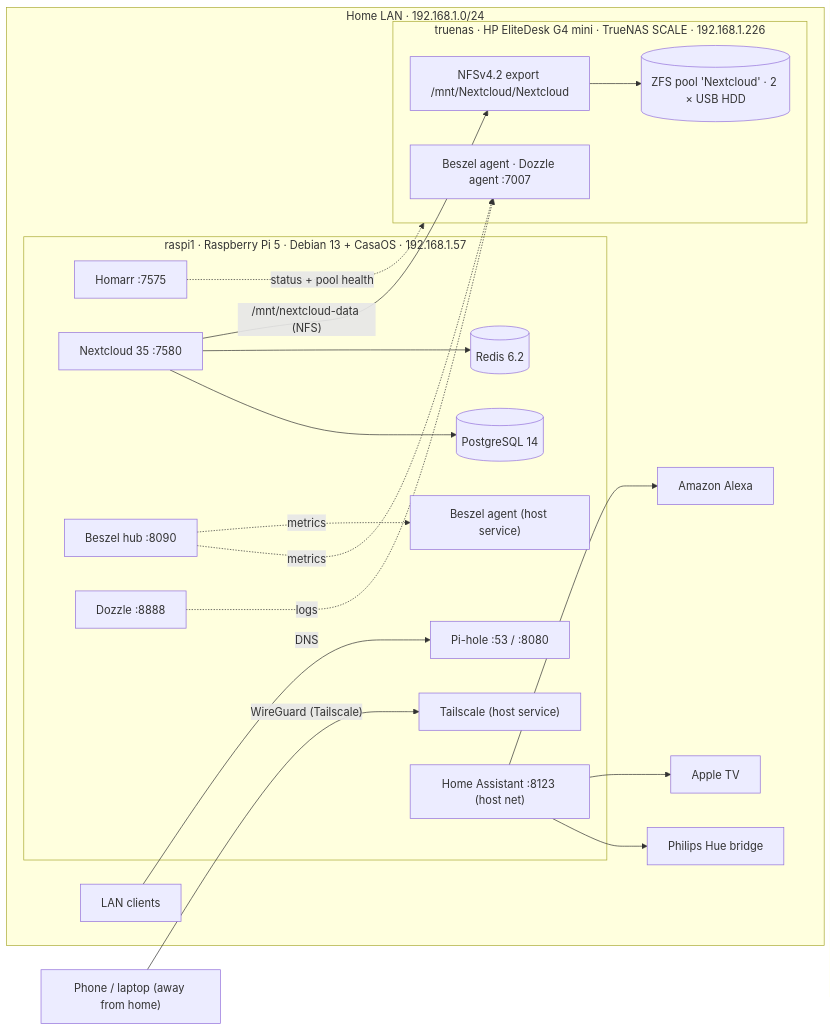
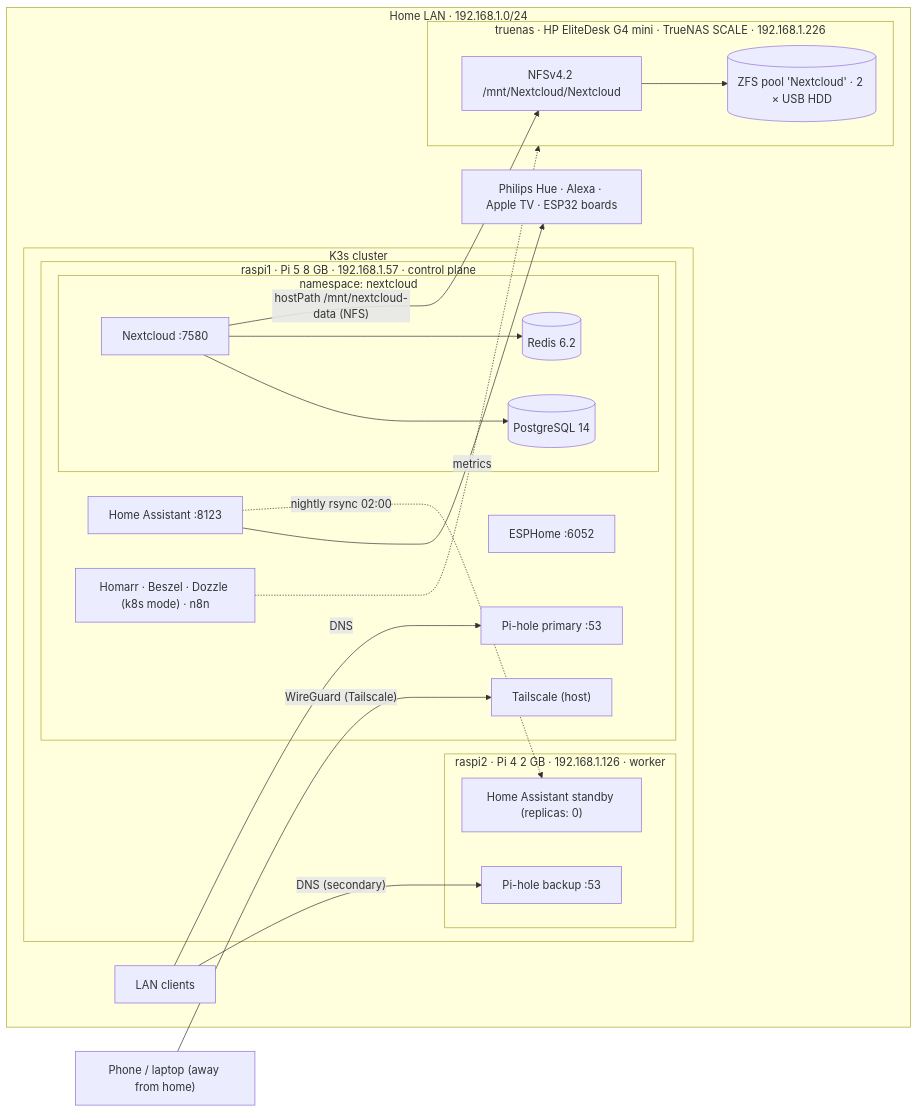
The first of 2 diagrams in docs/architecture.md (Jdben7671/Homelab), drawn with Mermaid before and after one commit. The commit also changed other lines of this file and 62 other files, not shown here.

````diff
--- a/docs/architecture.md
+++ b/docs/architecture.md
@@ -5,45 +11,45 @@
 ```mermaid
 flowchart LR
   remote["Phone / laptop (away from home)"]
 
   subgraph LAN["Home LAN · 192.168.1.0/24"]
     clients["LAN clients"]
 
-    subgraph PI["raspi1 · Raspberry Pi 5 · Debian 13 + CasaOS · 192.168.1.57"]
-      ts["Tailscale (host service)"]
-      bagent["Beszel agent (host service)"]
-      pihole["Pi-hole :53 / :8080"]
-      homarr["Homarr :7575"]
-      nc["Nextcloud 35 :7580"]
-      pg[("PostgreSQL 14")]
-      redis[("Redis 6.2")]
-      ha["Home Assistant :8123 (host net)"]
-      beszel["Beszel hub :8090"]
-      dozzle["Dozzle :8888"]
+    subgraph K3S["K3s cluster"]
+      subgraph PI1["raspi1 · Pi 5 8 GB · 192.168.1.57 · control plane"]
+        ts["Tailscale (host)"]
+        ph1["Pi-hole primary :53"]
+        ha1["Home Assistant :8123"]
+        esp["ESPHome :6052"]
+        subgraph NS["namespace: nextcloud"]
+          nc["Nextcloud :7580"]
+          pg[("PostgreSQL 14")]
+          redis[("Redis 6.2")]
+        end
+        mon["Homarr · Beszel · Dozzle (k8s mode) · n8n"]
+      end
+      subgraph PI2["raspi2 · Pi 4 2 GB · 192.168.1.126 · worker"]
+        ph2["Pi-hole backup :53"]
+        ha2["Home Assistant standby (replicas: 0)"]
+      end
     end
 
     subgraph NAS["truenas · HP EliteDesk G4 mini · TrueNAS SCALE · 192.168.1.226"]
-      nfs["NFSv4.2 export /mnt/Nextcloud/Nextcloud"]
+      nfs["NFSv4.2 /mnt/Nextcloud/Nextcloud"]
       zfs[("ZFS pool 'Nextcloud' · 2 × USB HDD")]
-      agents["Beszel agent · Dozzle agent :7007"]
     end
 
-    hue["Philips Hue bridge"]
-    atv["Apple TV"]
-    alexa["Amazon Alexa"]
+    iot["Philips Hue · Alexa · Apple TV · ESP32 boards"]
   end
 
   remote -- "WireGuard (Tailscale)" --> ts
-  clients -- "DNS" --> pihole
+  clients -- "DNS" --> ph1
+  clients -- "DNS (secondary)" --> ph2
   nc --> pg
   nc --> redis
-  nc -- "/mnt/nextcloud-data (NFS)" --> nfs
+  nc -- "hostPath /mnt/nextcloud-data (NFS)" --> nfs
   nfs --> zfs
-  ha --> hue
-  ha --> atv
-  ha --> alexa
-  beszel -. "metrics" .-> agents
-  beszel -. "metrics" .-> bagent
-  dozzle -. "logs" .-> agents
-  homarr -. "status + pool health" .-> NAS
+  ha1 --> iot
+  ha1 -. "nightly rsync 02:00" .-> ha2
+  mon -. "metrics" .-> NAS
 ```
````
